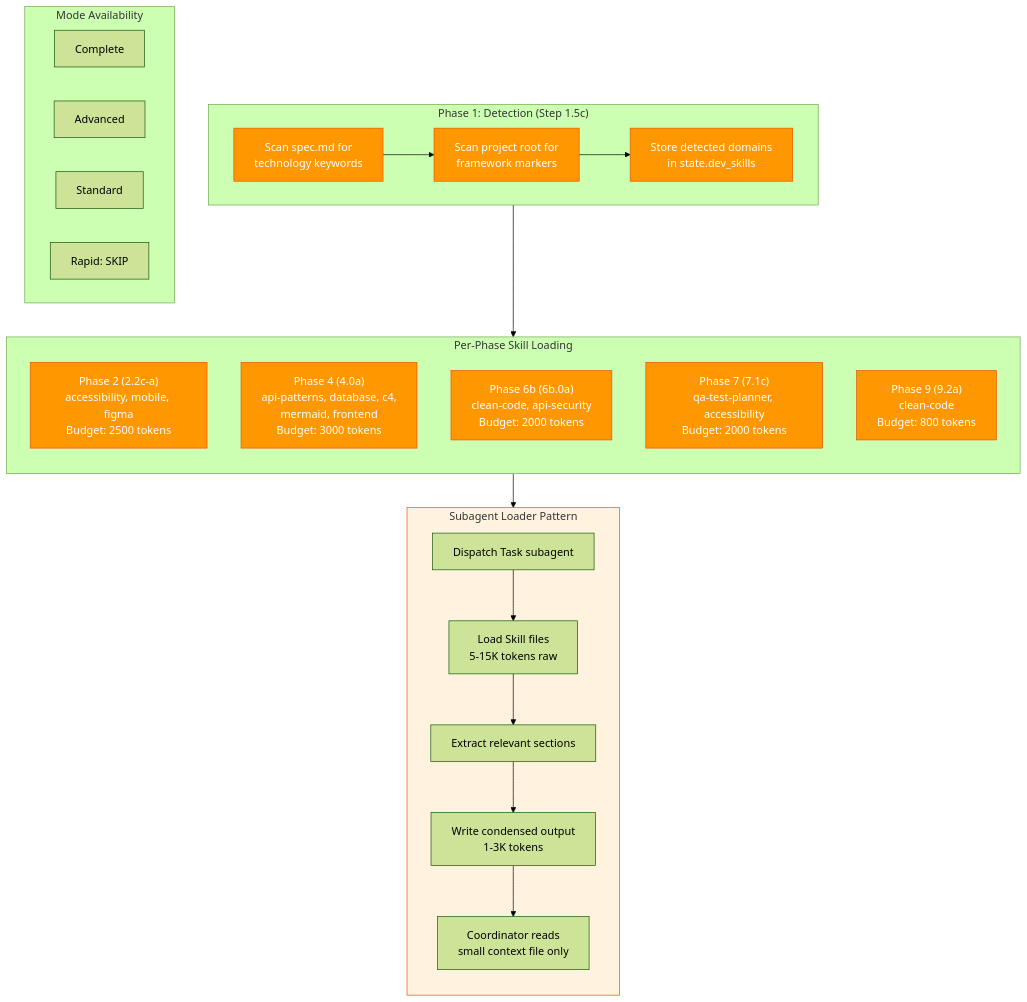
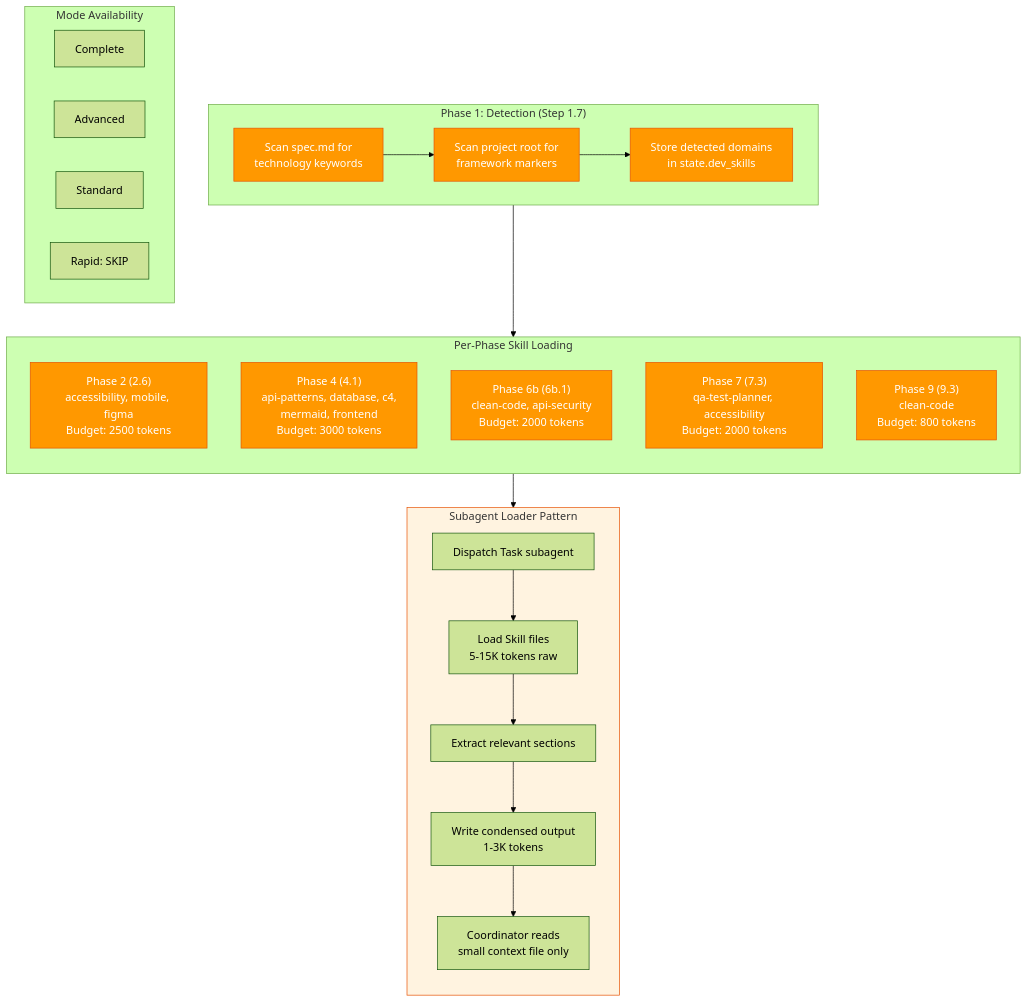
One commit to g3nx89/carlas-pantry changed the sixth of 11 diagrams in plugins/product-planning/docs/workflow-diagram.md. Above: the diagram before and after it, drawn with Mermaid (forest theme). The commit also changed other lines of this file and 26 other files, not shown here.

````diff
--- a/plugins/product-planning/docs/workflow-diagram.md
+++ b/plugins/product-planning/docs/workflow-diagram.md
@@ -482,46 +482,46 @@
 ```mermaid
 flowchart TB
     classDef devskills fill:#FF9800,stroke:#E65100,color:#fff,stroke-width:1px
     classDef loader fill:#FFF3E0,stroke:#E65100,color:#333,stroke-width:1px
 
-    subgraph DETECT["Phase 1: Detection (Step 1.5c)"]
+    subgraph DETECT["Phase 1: Detection (Step 1.7)"]
         D1["Scan spec.md for<br/>technology keywords"]
         D2["Scan project root for<br/>framework markers"]
         D3["Store detected domains<br/>in state.dev_skills"]
 
         D1 --> D2 --> D3
     end
 
     subgraph PATTERN["Subagent Loader Pattern"]
         direction TB
         LP1["Dispatch Task subagent"]
         LP2["Load Skill files<br/>5-15K tokens raw"]
         LP3["Extract relevant sections"]
         LP4["Write condensed output<br/>1-3K tokens"]
         LP5["Coordinator reads<br/>small context file only"]
 
         LP1 --> LP2 --> LP3 --> LP4 --> LP5
     end
 
     subgraph PHASES["Per-Phase Skill Loading"]
         direction TB
-        PH2["Phase 2 (2.2c-a)<br/>accessibility, mobile, figma<br/>Budget: 2500 tokens"]
-        PH4["Phase 4 (4.0a)<br/>api-patterns, database, c4,<br/>mermaid, frontend<br/>Budget: 3000 tokens"]
-        PH6b["Phase 6b (6b.0a)<br/>clean-code, api-security<br/>Budget: 2000 tokens"]
-        PH7["Phase 7 (7.1c)<br/>qa-test-planner, accessibility<br/>Budget: 2000 tokens"]
-        PH9["Phase 9 (9.2a)<br/>clean-code<br/>Budget: 800 tokens"]
+        PH2["Phase 2 (2.6)<br/>accessibility, mobile, figma<br/>Budget: 2500 tokens"]
+        PH4["Phase 4 (4.1)<br/>api-patterns, database, c4,<br/>mermaid, frontend<br/>Budget: 3000 tokens"]
+        PH6b["Phase 6b (6b.1)<br/>clean-code, api-security<br/>Budget: 2000 tokens"]
+        PH7["Phase 7 (7.3)<br/>qa-test-planner, accessibility<br/>Budget: 2000 tokens"]
+        PH9["Phase 9 (9.3)<br/>clean-code<br/>Budget: 800 tokens"]
     end
 
     subgraph MODES["Mode Availability"]
         M1["Complete"]
         M2["Advanced"]
         M3["Standard"]
         M4["Rapid: SKIP"]
     end
 
     DETECT --> PHASES
     PHASES --> PATTERN
 
     class D1,D2,D3,PH2,PH4,PH6b,PH7,PH9 devskills
     class PATTERN loader
 ```
````
